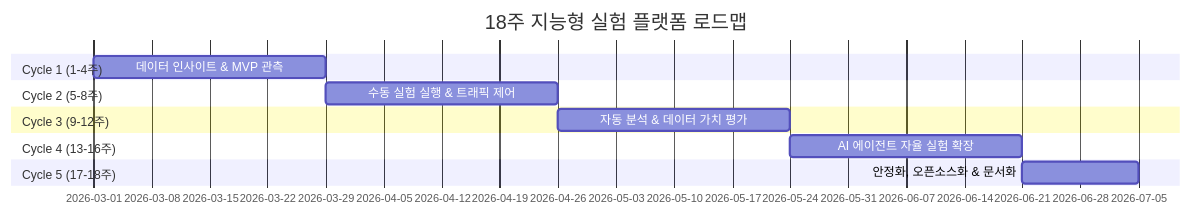
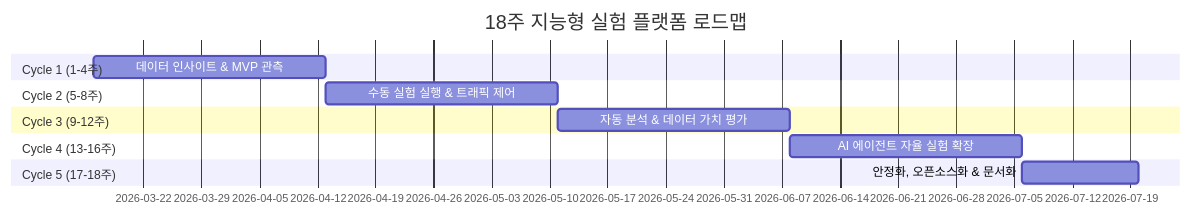
Before and after one commit to Pseudo-Lab/experiment-platform-pseudolab: the diagram in README.md, drawn with Mermaid. The commit also changed other lines of this file and 30 other files, not shown here.

````diff
--- a/README.md
+++ b/README.md
@@ -44,15 +44,15 @@
 ```mermaid
 gantt
     title 18주 지능형 실험 플랫폼 로드맵
     dateFormat  YYYY-MM-DD
     section Cycle 1 (1-4주)
-    데이터 인사이트 & MVP 관측 :a1, 2026-03-01, 28d
+    데이터 인사이트 & MVP 관측 :a1, 2026-03-16, 28d
     section Cycle 2 (5-8주)
     수동 실험 실행 & 트래픽 제어 :a2, after a1, 28d
     section Cycle 3 (9-12주)
     자동 분석 & 데이터 가치 평가 :a3, after a2, 28d
     section Cycle 4 (13-16주)
     AI 에이전트 자율 실험 확장 :a4, after a3, 28d
     section Cycle 5 (17-18주)
     안정화, 오픈소스화 & 문서화 :a5, after a4, 14d
 ```
````
